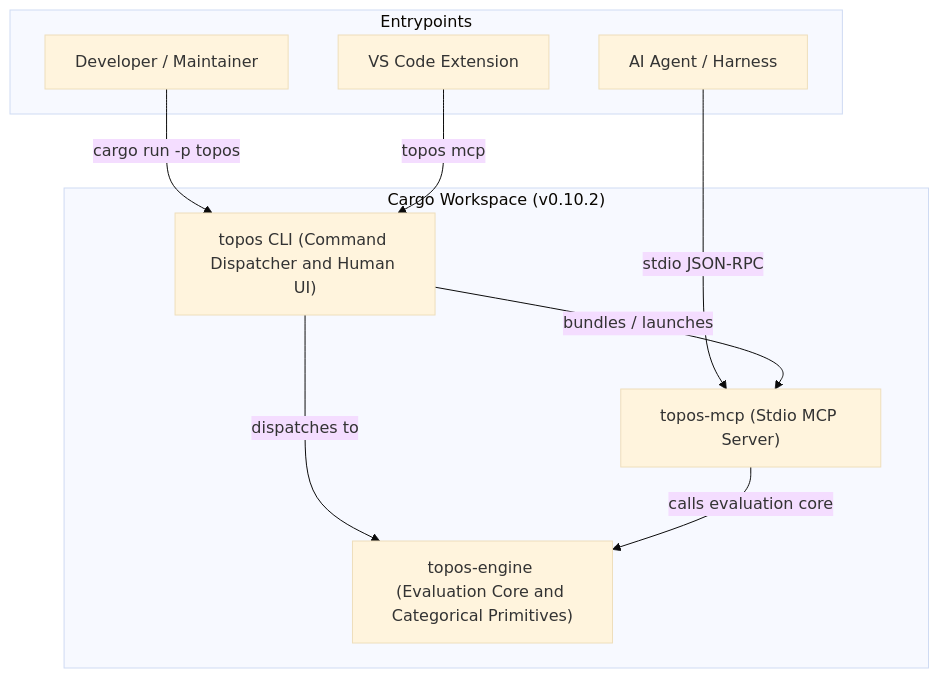
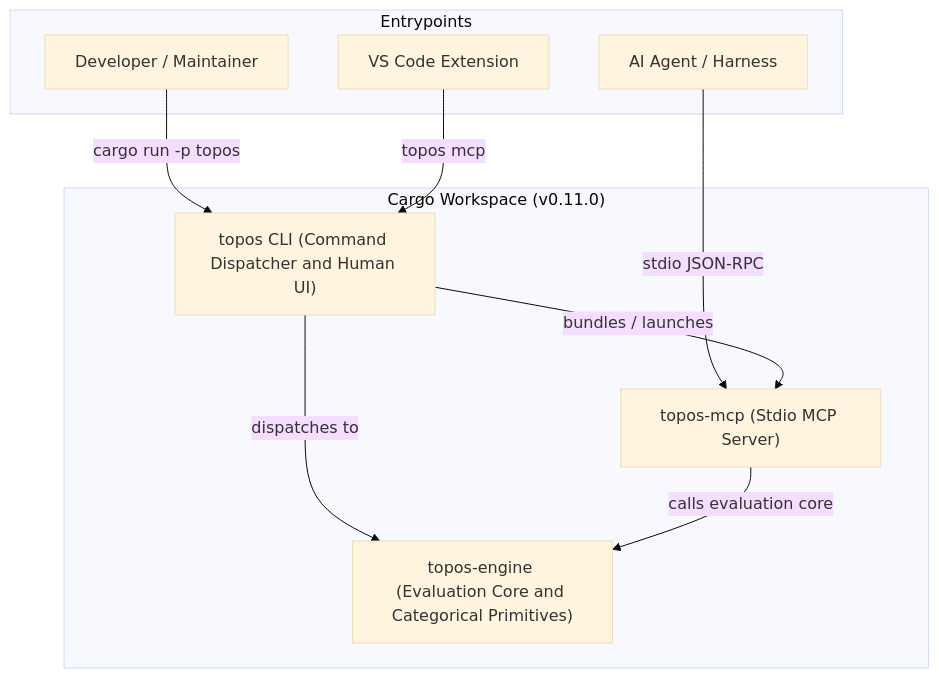
The diagram in openwiki/quickstart.md (Krv-Labs/topos), drawn with Mermaid (base theme) before and after one commit. The commit also changed other lines of this file and 14 other files, not shown here.

````diff
--- a/openwiki/quickstart.md
+++ b/openwiki/quickstart.md
@@ -49,21 +49,21 @@
 ```mermaid
 flowchart TD
-    subgraph Workspace ["Cargo Workspace (v0.10.2)"]
+    subgraph Workspace ["Cargo Workspace (v0.11.0)"]
         Engine["topos-engine (Evaluation Core and Categorical Primitives)"]
         CLI["topos CLI (Command Dispatcher and Human UI)"]
         MCP["topos-mcp (Stdio MCP Server)"]
     end
 
     subgraph Entrypoints
         Developer["Developer / Maintainer"]
         Agent["AI Agent / Harness"]
         VSCode["VS Code Extension"]
     end
 
     Developer -->|cargo run -p topos| CLI
     Agent -->|stdio JSON-RPC| MCP
     VSCode -->|topos mcp| CLI
     CLI -->|bundles / launches| MCP
     CLI -->|dispatches to| Engine
     MCP -->|calls evaluation core| Engine
 ```
````
